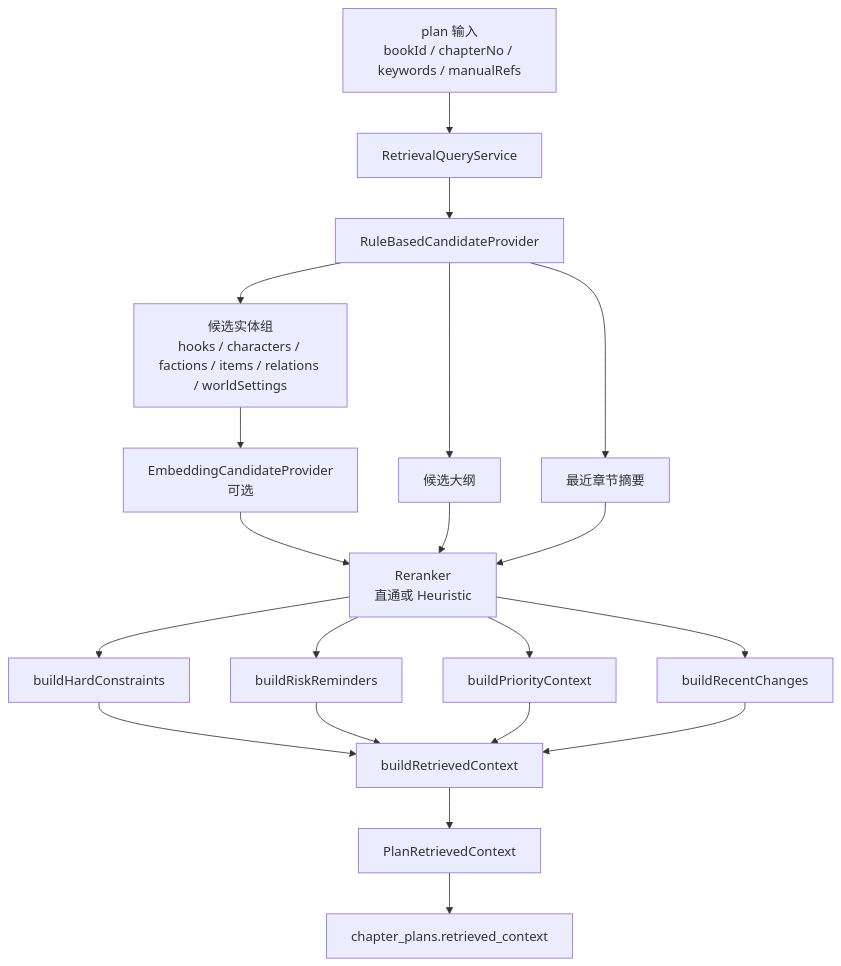
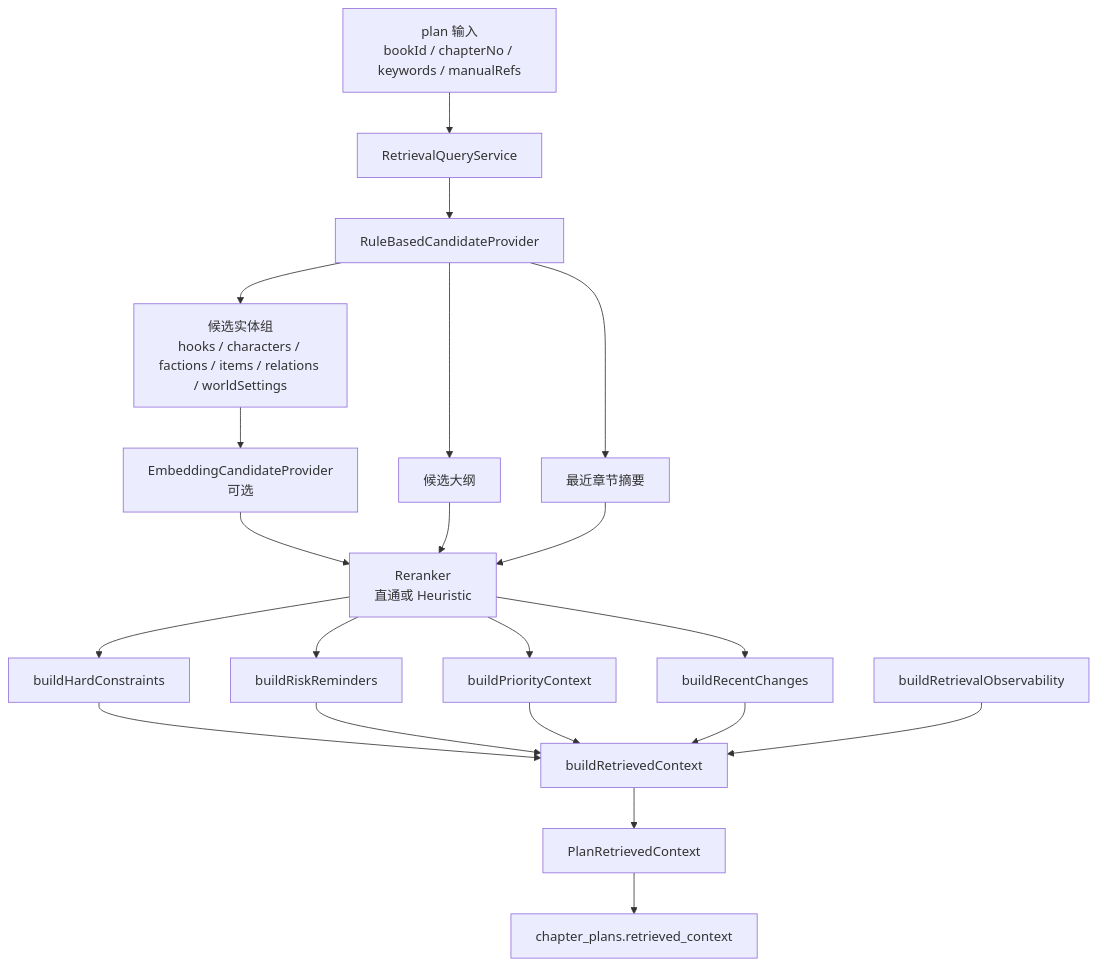
The first of 3 diagrams in docs/retrieval-pipeline-guide.md (housirvip/myai-novel), drawn with Mermaid before and after one commit. The commit also changed other lines of this file and 4 other files, not shown here.

````diff
--- a/docs/retrieval-pipeline-guide.md
+++ b/docs/retrieval-pipeline-guide.md
@@ -70,43 +71,45 @@
 ```mermaid
 flowchart TD
     A1[plan 输入
 bookId / chapterNo / keywords / manualRefs]
 
     B1[RetrievalQueryService]
     B2[RuleBasedCandidateProvider]
     B3[EmbeddingCandidateProvider
 可选]
     B4[Reranker
 直通或 Heuristic]
 
     C1[候选大纲]
     C2[最近章节摘要]
     C3[候选实体组
 hooks / characters / factions / items / relations / worldSettings]
 
     D1[buildHardConstraints]
     D2[buildRiskReminders]
     D3[buildPriorityContext]
     D4[buildRecentChanges]
+    D5[buildRetrievalObservability]
 
     E1[buildRetrievedContext]
     E2[PlanRetrievedContext]
     E3[chapter_plans.retrieved_context]
 
     A1 --> B1 --> B2 --> C1
     B2 --> C2
     B2 --> C3
     C3 --> B3
     B3 --> B4
     C1 --> B4
     C2 --> B4
     B4 --> D1
     B4 --> D2
     B4 --> D3
     B4 --> D4
     D1 --> E1
     D2 --> E1
     D3 --> E1
     D4 --> E1
+    D5 --> E1
     E1 --> E2 --> E3
 ```
````
